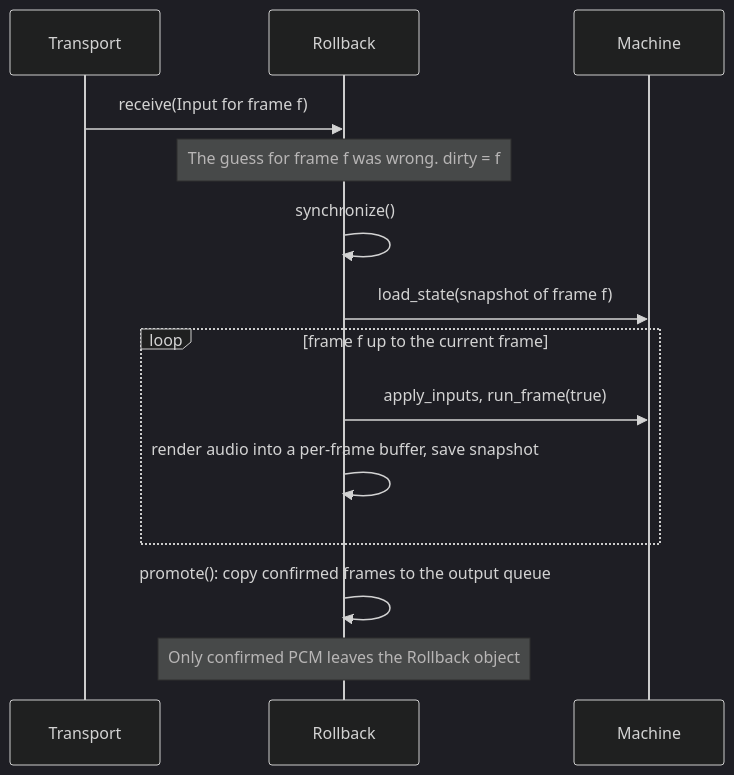
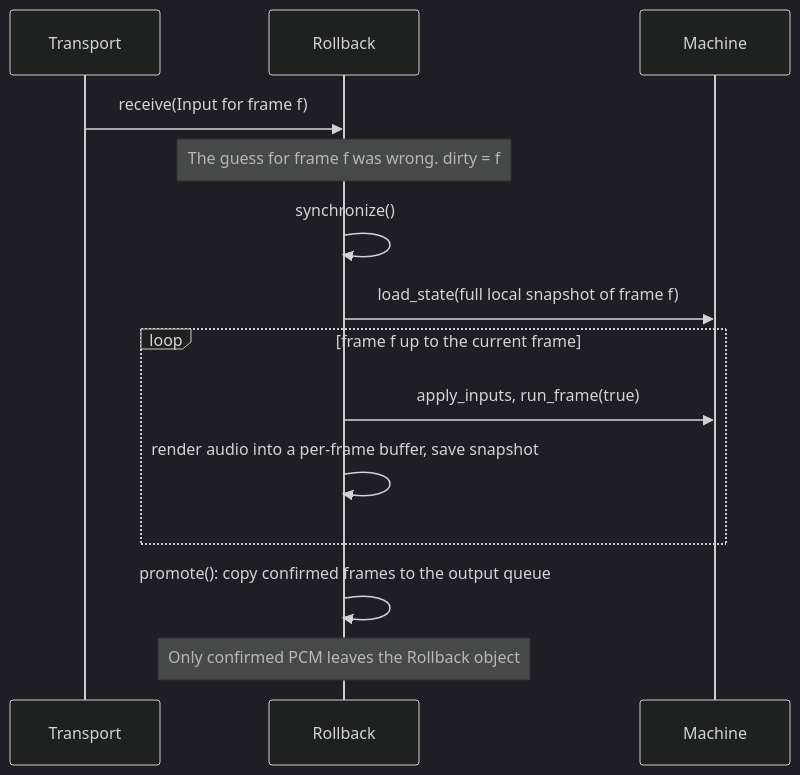
One commit to ansxor/f3-recomp changed the fifth of 5 diagrams in docs/site/developer/architecture.md. Above: the diagram before and after it, drawn with Mermaid (dark theme). The commit also changed other lines of this file and 100 other files, not shown here.

````diff
--- a/docs/site/developer/architecture.md
+++ b/docs/site/developer/architecture.md
@@ -392,16 +392,16 @@
 ```mermaid
 sequenceDiagram
     participant T as Transport
     participant R as Rollback
     participant M as Machine
     T->>R: receive(Input for frame f)
     Note over R: The guess for frame f was wrong. dirty = f
     R->>R: synchronize()
-    R->>M: load_state(snapshot of frame f)
+    R->>M: load_state(full local snapshot of frame f)
     loop frame f up to the current frame
         R->>M: apply_inputs, run_frame(true)
         R->>R: render audio into a per-frame buffer, save snapshot
     end
     R->>R: promote(): copy confirmed frames to the output queue
     Note over R: Only confirmed PCM leaves the Rollback object
 ```
````
